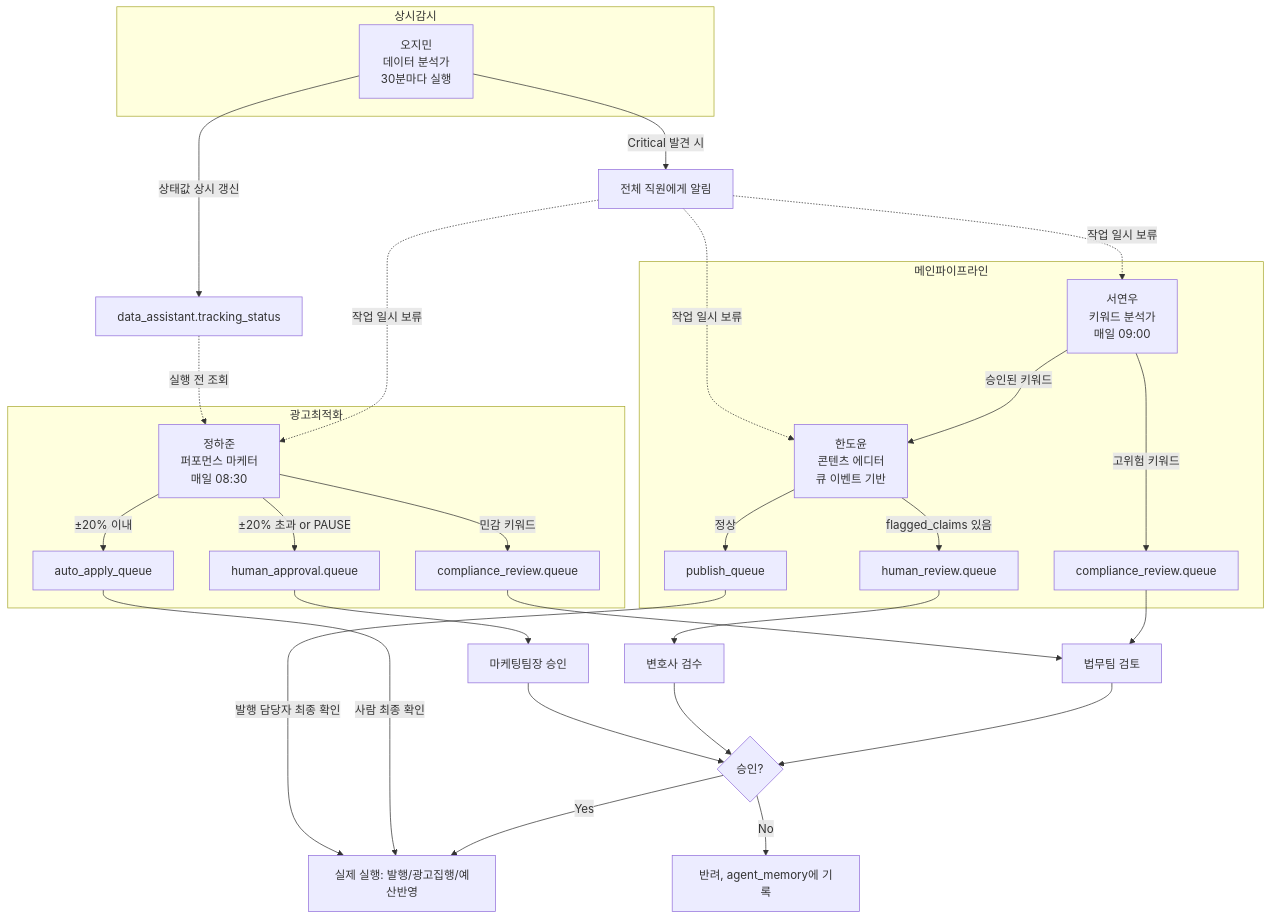
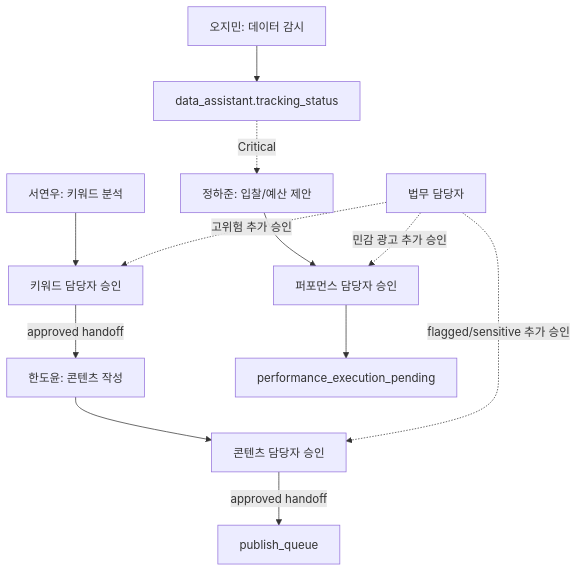
The diagram in ORCHESTRATION.md (bin778/yn_agent), drawn with Mermaid before and after one commit. The commit also changed other lines of this file and 31 other files, not shown here.

````diff
--- a/ORCHESTRATION.md
+++ b/ORCHESTRATION.md
@@ -9,39 +6,14 @@
 ```mermaid
 flowchart TD
-    subgraph 상시감시
-    DA[오지민<br/>데이터 분석가<br/>30분마다 실행]
-    end
-
-    subgraph 메인파이프라인
-    KA[서연우<br/>키워드 분석가<br/>매일 09:00] -->|승인된 키워드| CE[한도윤<br/>콘텐츠 에디터<br/>큐 이벤트 기반]
-    KA -->|고위험 키워드| CRQ1[compliance_review.queue]
-    CE -->|flagged_claims 있음| HRQ[human_review.queue]
-    CE -->|정상| PQ[publish_queue]
-    end
-
-    subgraph 광고최적화
-    PA[정하준<br/>퍼포먼스 마케터<br/>매일 08:30] -->|±20% 이내| AAQ[auto_apply_queue]
-    PA -->|±20% 초과 or PAUSE| HAQ[human_approval.queue]
-    PA -->|민감 키워드| CRQ2[compliance_review.queue]
-    end
-
-    DA -->|Critical 발견 시| BROADCAST[전체 직원에게 알림]
-    BROADCAST -.->|작업 일시 보류| KA
-    BROADCAST -.->|작업 일시 보류| CE
-    BROADCAST -.->|작업 일시 보류| PA
-    DA -->|상태값 상시 갱신| STATUS[data_assistant.tracking_status]
-    STATUS -.->|실행 전 조회| PA
-
-    CRQ1 --> LEGAL[법무팀 검토]
-    CRQ2 --> LEGAL
-    HRQ --> ATTORNEY[변호사 검수]
-    HAQ --> LEAD[마케팅팀장 승인]
-
-    LEGAL --> HUMAN_OK{승인?}
-    ATTORNEY --> HUMAN_OK
-    LEAD --> HUMAN_OK
-    HUMAN_OK -->|Yes| EXECUTE[실제 실행: 발행/광고집행/예산반영]
-    HUMAN_OK -->|No| REJECT[반려, agent_memory에 기록]
-    AAQ -->|사람 최종 확인| EXECUTE
-    PQ -->|발행 담당자 최종 확인| EXECUTE
+    KA[서연우: 키워드 분석] --> KAPP[키워드 담당자 승인]
+    KAPP -->|approved handoff| CE[한도윤: 콘텐츠 작성]
+    CE --> CAPP[콘텐츠 담당자 승인]
+    CAPP -->|approved handoff| PQ[publish_queue]
+    PA[정하준: 입찰/예산 제안] --> PAPP[퍼포먼스 담당자 승인]
+    PAPP --> EP[performance_execution_pending]
+    DA[오지민: 데이터 감시] --> STATUS[data_assistant.tracking_status]
+    STATUS -. Critical .-> PA
+    LEGAL[법무 담당자] -. 고위험 추가 승인 .-> KAPP
+    LEGAL -. flagged/sensitive 추가 승인 .-> CAPP
+    LEGAL -. 민감 광고 추가 승인 .-> PAPP
 ```
````
